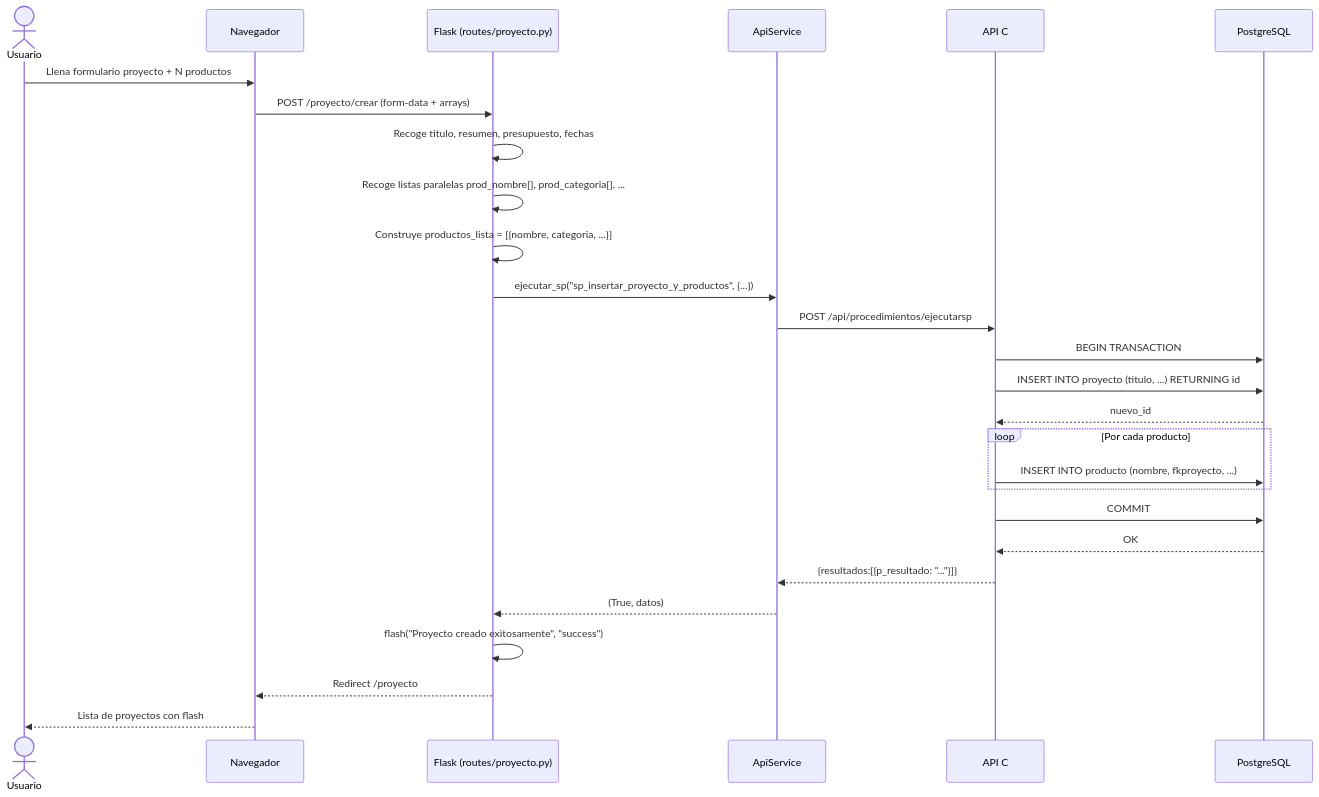
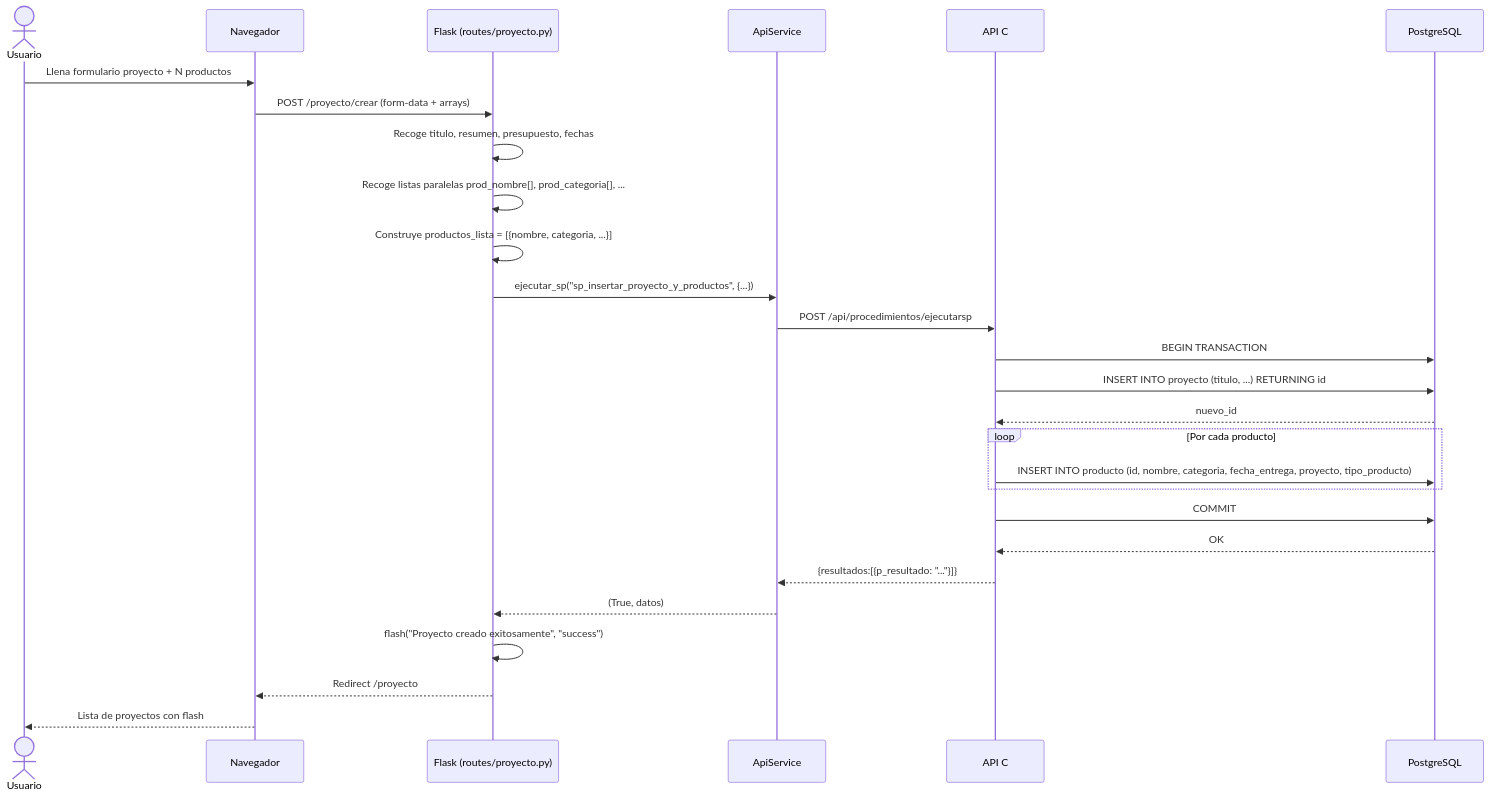
The third of 7 diagrams in FrontFlask/sdd/04_plan.md (Syn0B/FrontFlask-MapaCto), drawn with Mermaid before and after one commit. The commit also changed other lines of this file, not shown here.

Commit message:
docs: agregar plan tecnico SDD con estructura de carpetas, decisiones, endpoints, 6 diagramas de secuencia y diagrama de clases Mermaid

````diff
--- a/FrontFlask/sdd/04_plan.md
+++ b/FrontFlask/sdd/04_plan.md
@@ -304,32 +311,32 @@
 ```mermaid
 sequenceDiagram
     actor U as Usuario
     participant B as Navegador
     participant F as Flask (routes/proyecto.py)
     participant AS as ApiService
     participant API as API C#
     participant BD as PostgreSQL
 
     U->>B: Llena formulario proyecto + N productos
     B->>F: POST /proyecto/crear (form-data + arrays)
     F->>F: Recoge titulo, resumen, presupuesto, fechas
     F->>F: Recoge listas paralelas prod_nombre[], prod_categoria[], ...
     F->>F: Construye productos_lista = [{nombre, categoria, ...}]
 
     F->>AS: ejecutar_sp("sp_insertar_proyecto_y_productos", {...})
     AS->>API: POST /api/procedimientos/ejecutarsp
     API->>BD: BEGIN TRANSACTION
     API->>BD: INSERT INTO proyecto (titulo, ...) RETURNING id
     BD-->>API: nuevo_id
     loop Por cada producto
-        API->>BD: INSERT INTO producto (nombre, fkproyecto, ...)
+        API->>BD: INSERT INTO producto (id, nombre, categoria, fecha_entrega, proyecto, tipo_producto)
     end
     API->>BD: COMMIT
     BD-->>API: OK
     API-->>AS: {resultados:[{p_resultado: "..."}]}
     AS-->>F: (True, datos)
 
     F->>F: flash("Proyecto creado exitosamente", "success")
     F-->>B: Redirect /proyecto
     B-->>U: Lista de proyectos con flash
 ```
````
